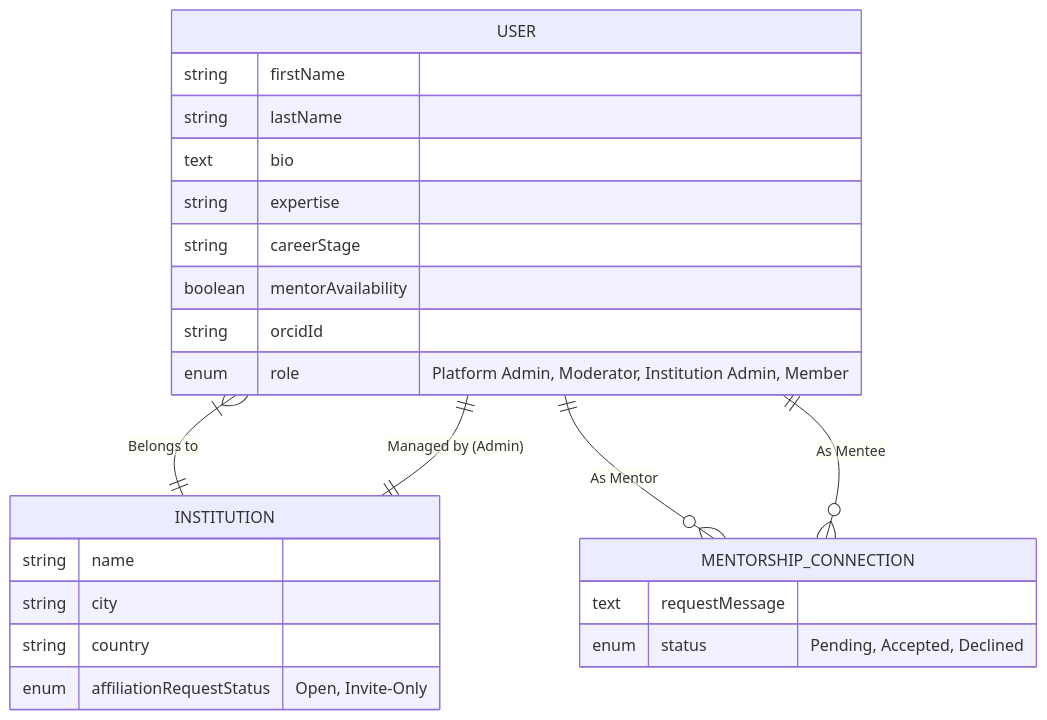
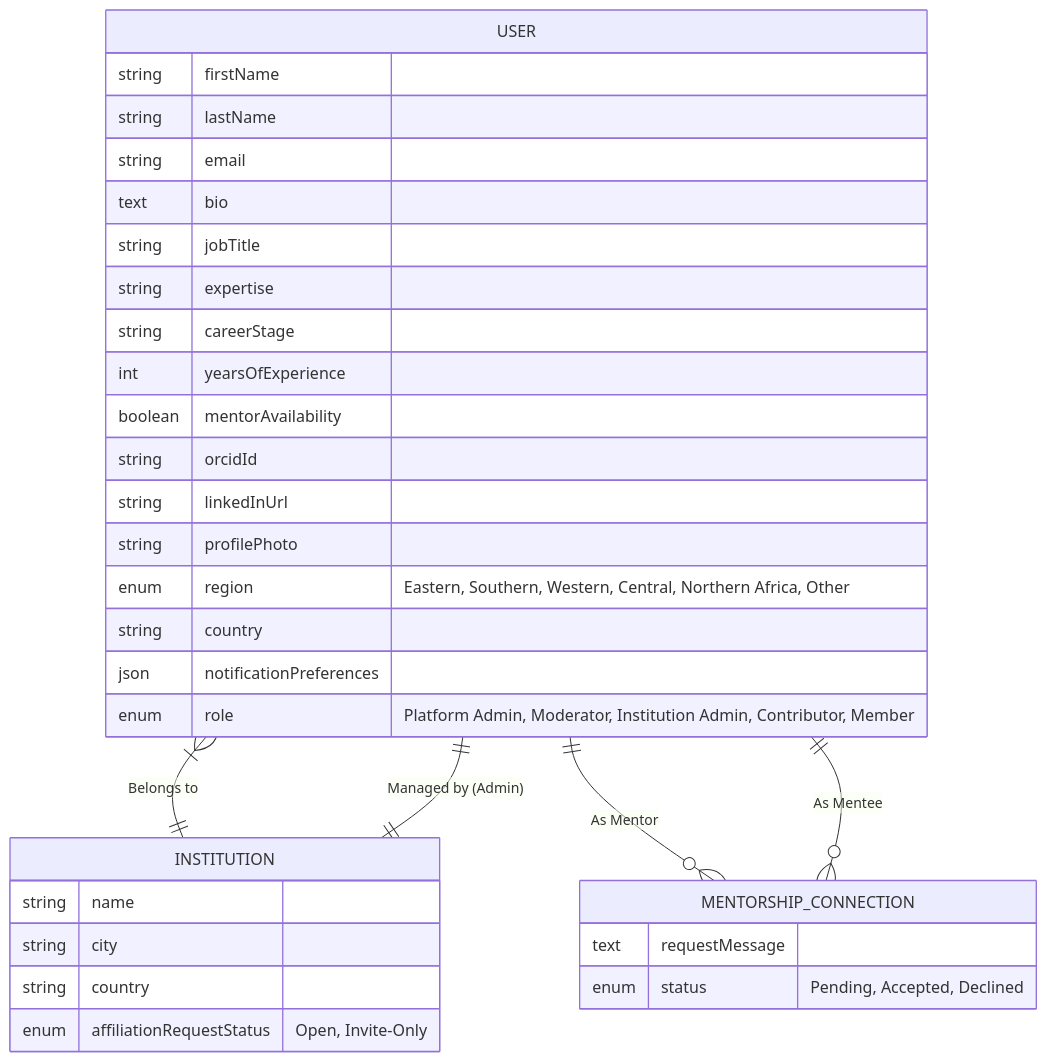
Before and after one commit to akvo/science-for-africa: the second of 4 diagrams in agent_docs/architecture.md, drawn with Mermaid. The commit also changed other lines of this file, not shown here.

Commit message:
[#2] docs: ensure strictly 100% alignment of ERD with all properties from Figma and Google Docs

````diff
--- a/agent_docs/architecture.md
+++ b/agent_docs/architecture.md
@@ -144,32 +174,40 @@
 ```mermaid
 erDiagram
     %% Core Users & Institutions
     USER {
         string firstName
         string lastName
+        string email
         text bio
+        string jobTitle
         string expertise
         string careerStage
+        int yearsOfExperience
         boolean mentorAvailability
         string orcidId
-        enum role "Platform Admin, Moderator, Institution Admin, Member"
+        string linkedInUrl
+        string profilePhoto
+        enum region "Eastern, Southern, Western, Central, Northern Africa, Other"
+        string country
+        json notificationPreferences
+        enum role "Platform Admin, Moderator, Institution Admin, Contributor, Member"
     }
 
     INSTITUTION {
         string name
         string city
         string country
         enum affiliationRequestStatus "Open, Invite-Only"
     }
 
     MENTORSHIP_CONNECTION {
         text requestMessage
         enum status "Pending, Accepted, Declined"
     }
 
     %% Relationships
     USER }|--|| INSTITUTION : "Belongs to"
     INSTITUTION ||--|| USER : "Managed by (Admin)"
     USER ||--o{ MENTORSHIP_CONNECTION : "As Mentor"
     USER ||--o{ MENTORSHIP_CONNECTION : "As Mentee"
 ```
````
